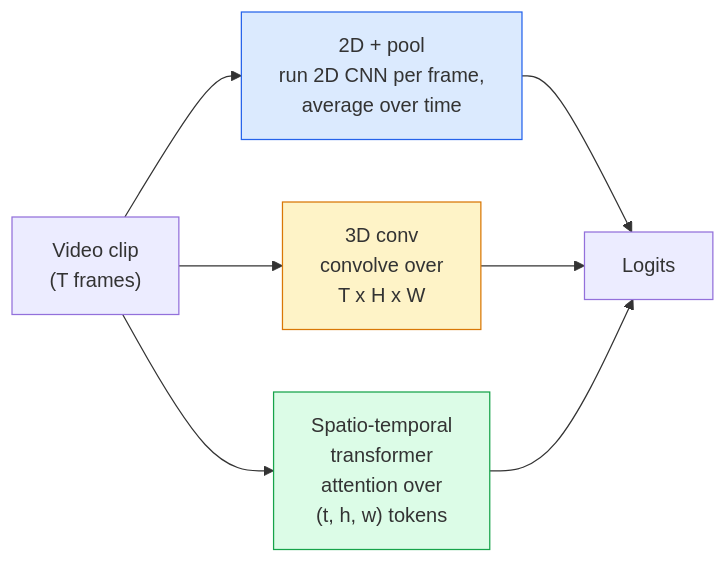
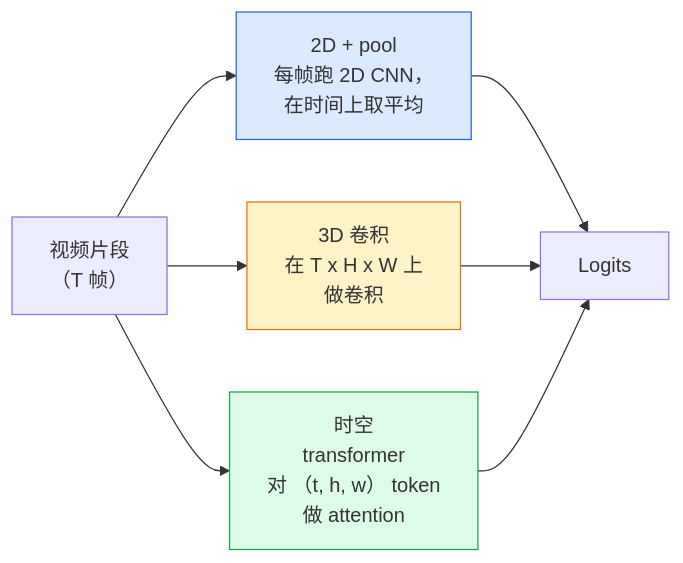
One commit to JerryC8080/ai-engineering-from-scratch-zh changed the diagram in phases/04-computer-vision/12-video-understanding/docs/zh.md. Above: the diagram before and after it, drawn with Mermaid. The commit also changed 156 other files, not shown here.

First line of the commit message:
i18n(zh): translate mermaid diagram labels in 157 lesson zh.md

````diff
--- a/phases/04-computer-vision/12-video-understanding/docs/zh.md
+++ b/phases/04-computer-vision/12-video-understanding/docs/zh.md
@@ -31,14 +31,14 @@
 ```mermaid
 flowchart LR
-    V["Video clip<br/>(T frames)"] --> A1["2D + pool<br/>run 2D CNN per frame,<br/>average over time"]
-    V --> A2["3D conv<br/>convolve over<br/>T x H x W"]
-    V --> A3["Spatio-temporal<br/>transformer<br/>attention over<br/>(t, h, w) tokens"]
+    V["视频片段<br/>（T 帧）"] --> A1["2D + pool<br/>每帧跑 2D CNN，<br/>在时间上取平均"]
+    V --> A2["3D 卷积<br/>在 T x H x W 上<br/>做卷积"]
+    V --> A3["时空<br/>transformer<br/>对 （t, h, w） token<br/>做 attention"]
 
     A1 --> C["Logits"]
     A2 --> C
     A3 --> C
 
     style A1 fill:#dbeafe,stroke:#2563eb
     style A2 fill:#fef3c7,stroke:#d97706
     style A3 fill:#dcfce7,stroke:#16a34a
 ```
````
